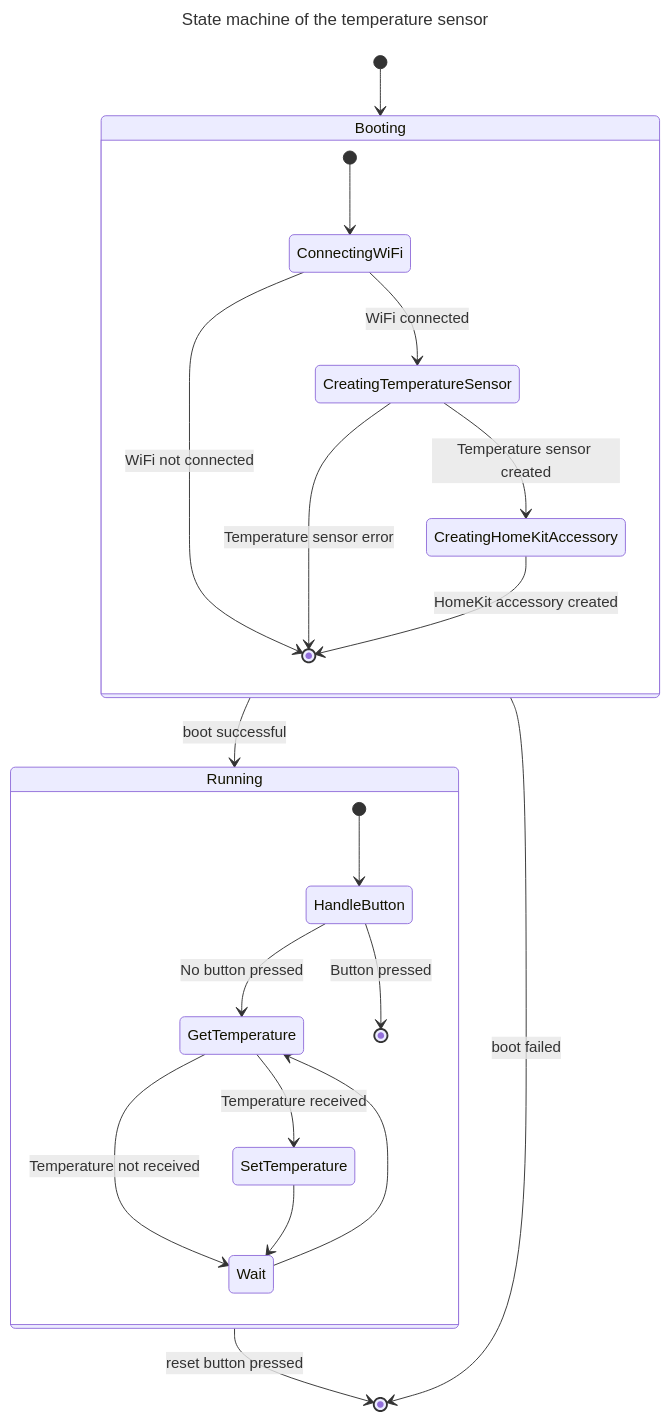
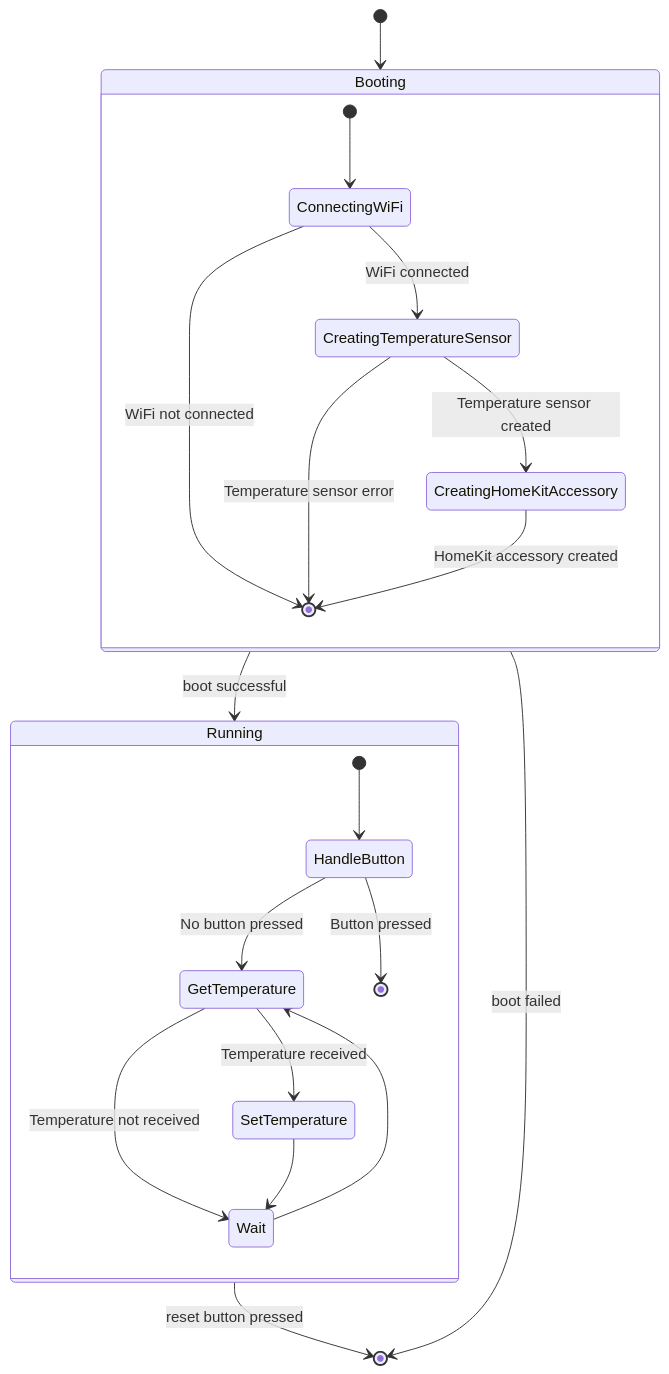
The diagram in README.md (loicmorvan/temperature-sensor), drawn with Mermaid before and after one commit.

Commit message:
Removed the title from the diagram.

````diff
--- a/README.md
+++ b/README.md
@@ -16,28 +16,25 @@
 ```mermaid
----
-title: State machine of the temperature sensor
----
 stateDiagram-v2
     state Booting {
         [*] --> ConnectingWiFi
         ConnectingWiFi --> CreatingTemperatureSensor: WiFi connected
         ConnectingWiFi --> [*]: WiFi not connected
         CreatingTemperatureSensor --> CreatingHomeKitAccessory: Temperature sensor created
         CreatingTemperatureSensor --> [*]: Temperature sensor error
         CreatingHomeKitAccessory --> [*]: HomeKit accessory created
     }
     state Running {
         [*] --> HandleButton
         HandleButton --> GetTemperature: No button pressed
         HandleButton --> [*]: Button pressed
         GetTemperature --> SetTemperature: Temperature received
         GetTemperature --> Wait: Temperature not received
         SetTemperature --> Wait
         Wait --> GetTemperature
     }
 
     [*] --> Booting
     Booting --> Running: boot successful
     Running --> [*]: reset button pressed
     Booting --> [*]: boot failed
 ```
````
